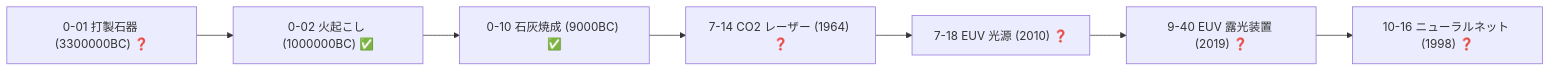
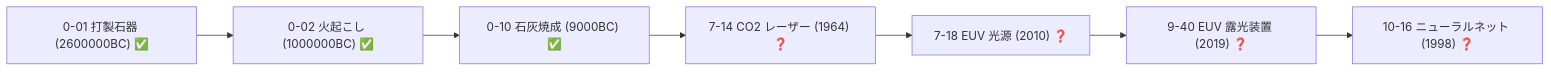
One commit to taku3i0317-collab/semiconductor-lab changed the first of 19 diagrams in docs/TECH_TREE_VIEW.md. Above: the diagram before and after it, drawn with Mermaid. The commit also changed other lines of this file and 32 other files, not shown here.

````diff
--- a/docs/TECH_TREE_VIEW.md
+++ b/docs/TECH_TREE_VIEW.md
@@ -49,16 +49,16 @@
 ```mermaid
 graph LR
-  n0_01["0-01 打製石器 (3300000BC) ❓"]
+  n0_01["0-01 打製石器 (2600000BC) ✅"]
   n0_02["0-02 火起こし (1000000BC) ✅"]
   n0_10["0-10 石灰焼成 (9000BC) ✅"]
   n7_14["7-14 CO2 レーザー (1964) ❓"]
   n7_18["7-18 EUV 光源 (2010) ❓"]
   n9_40["9-40 EUV 露光装置 (2019) ❓"]
   n10_16["10-16 ニューラルネット (1998) ❓"]
   n0_01-->n0_02
   n0_02-->n0_10
   n0_10-->n7_14
   n7_14-->n7_18
   n7_18-->n9_40
   n9_40-->n10_16
 ```
````
